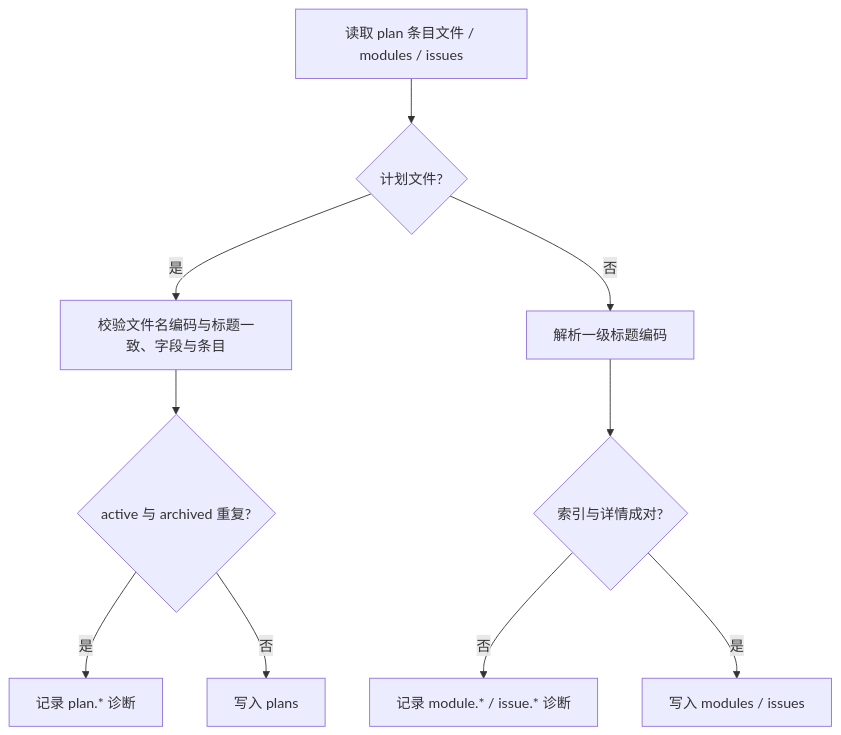
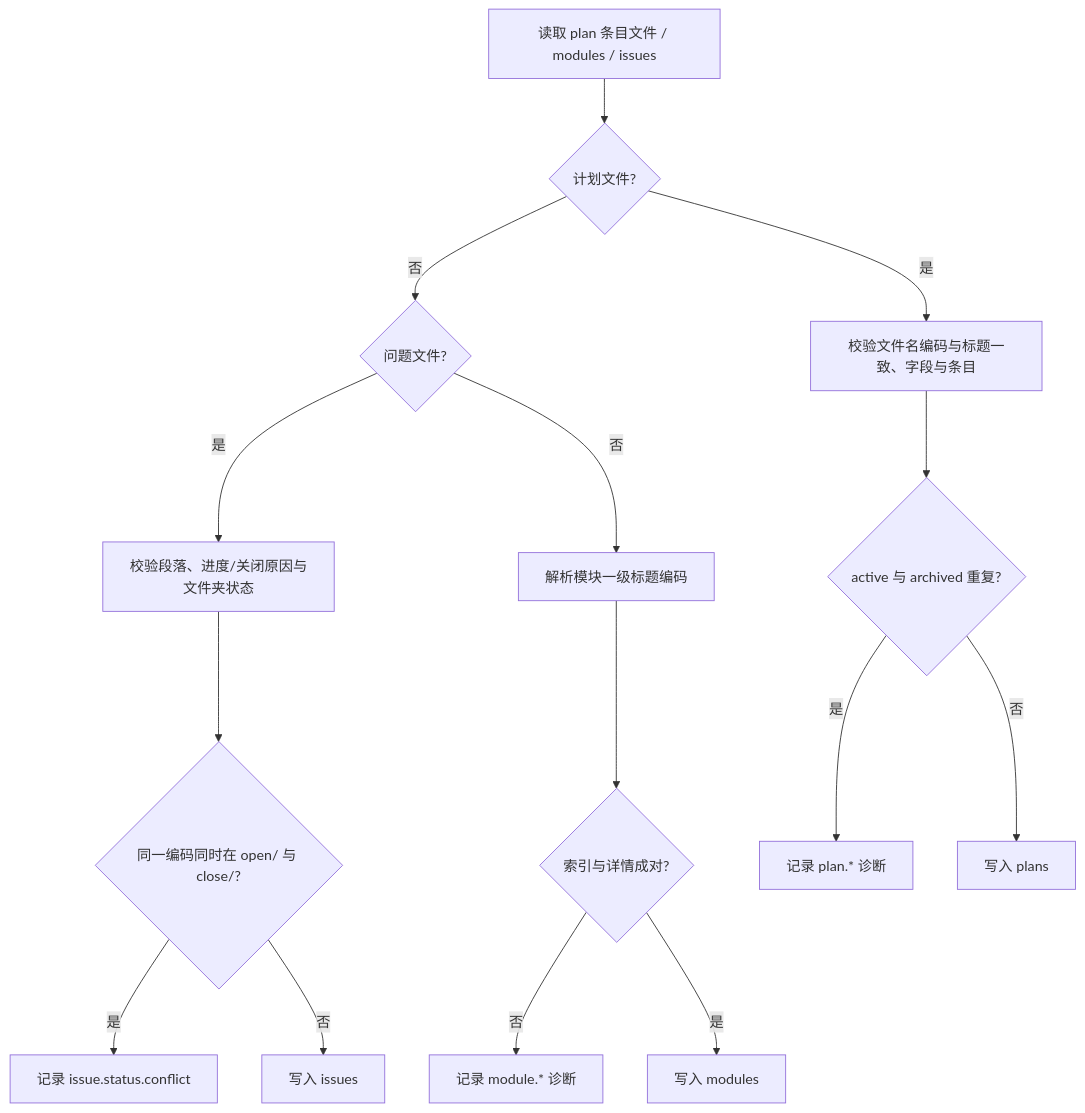
One commit to Cangjier/coder changed the third of 3 diagrams in .coder/design/module-0002.md. Above: the diagram before and after it, drawn with Mermaid. The commit also changed other lines of this file and 19 other files, not shown here.

First line of the commit message:
feat: 问题文件改为 open/close 文件夹，一项一文件

````diff
--- a/.coder/design/module-0002.md
+++ b/.coder/design/module-0002.md
@@ -46,12 +46,17 @@
 ```mermaid
 flowchart TD
   A[读取 plan 条目文件 / modules / issues] --> B{计划文件?}
   B -- 是 --> C[校验文件名编码与标题一致、字段与条目]
-  B -- 否 --> D[解析一级标题编码]
-  C --> E{active 与 archived 重复?}
-  D --> F{索引与详情成对?}
-  E -- 是 --> G[记录 plan.* 诊断]
-  E -- 否 --> H[写入 plans]
-  F -- 否 --> I[记录 module.* / issue.* 诊断]
-  F -- 是 --> J[写入 modules / issues]
+  B -- 否 --> D{问题文件?}
+  D -- 是 --> E[校验段落、进度/关闭原因与文件夹状态]
+  D -- 否 --> F[解析模块一级标题编码]
+  C --> G{active 与 archived 重复?}
+  E --> H{同一编码同时在 open/ 与 close/?}
+  F --> I{索引与详情成对?}
+  G -- 是 --> J[记录 plan.* 诊断]
+  G -- 否 --> K[写入 plans]
+  H -- 是 --> L[记录 issue.status.conflict]
+  H -- 否 --> M[写入 issues]
+  I -- 否 --> N[记录 module.* 诊断]
+  I -- 是 --> O[写入 modules]
 ```
````
